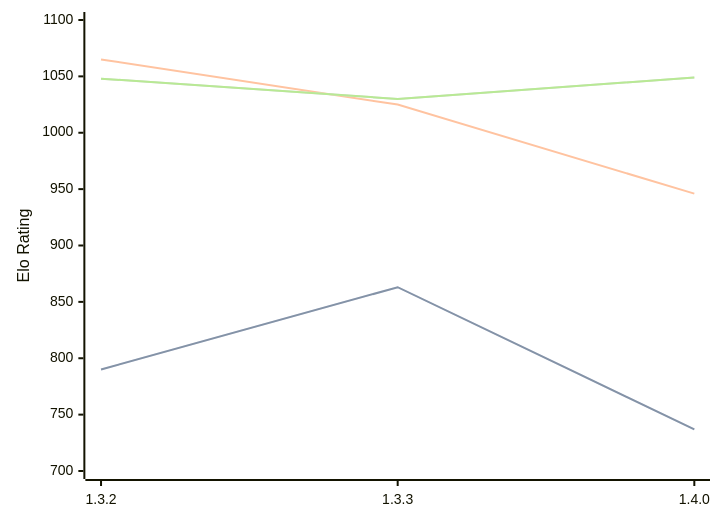
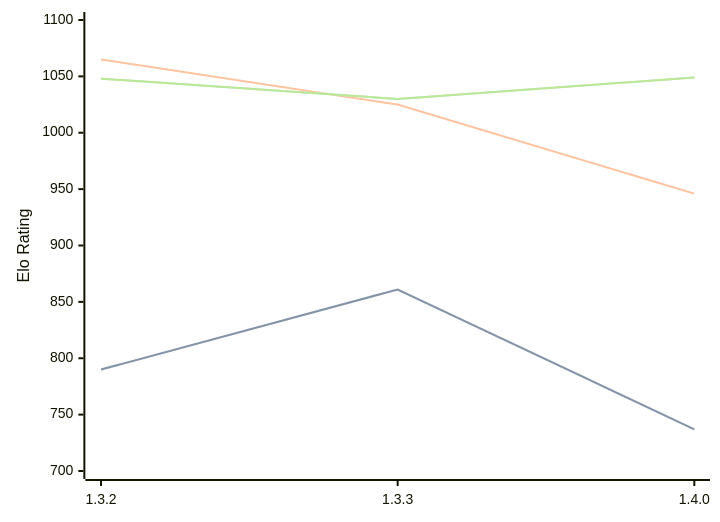
One commit to computer-chess-index/cci changed the diagram in engines/Whitespine.md. Above: the diagram before and after it, drawn with Mermaid. The commit also changed other lines of this file, not shown here.

````diff
--- a/engines/Whitespine.md
+++ b/engines/Whitespine.md
@@ -33,11 +33,11 @@
 ```mermaid
 %%{init: {"theme":"base","themeVariables":{"seriesColors:['#a3a3a3','#222221','#faa371']}}}%%
 xychart-beta
   x-axis ["1.3.2", "1.3.3", "1.4.0"]
   y-axis "Elo Rating" 700 --> 1100
-  line "" [790, 863, 737]
-  line "STC (8.0+0.08s)" [790, 863, 737]
+  line "" [790, 861, 737]
+  line "STC (8.0+0.08s)" [790, 861, 737]
   line "LTC (60.0+0.60s)" [1065, 1025, 946]
   line "" [1048, 1030, 1049]
   line "VLTC (2m24s+1.12s)" [1048, 1030, 1049]
 ```
````
